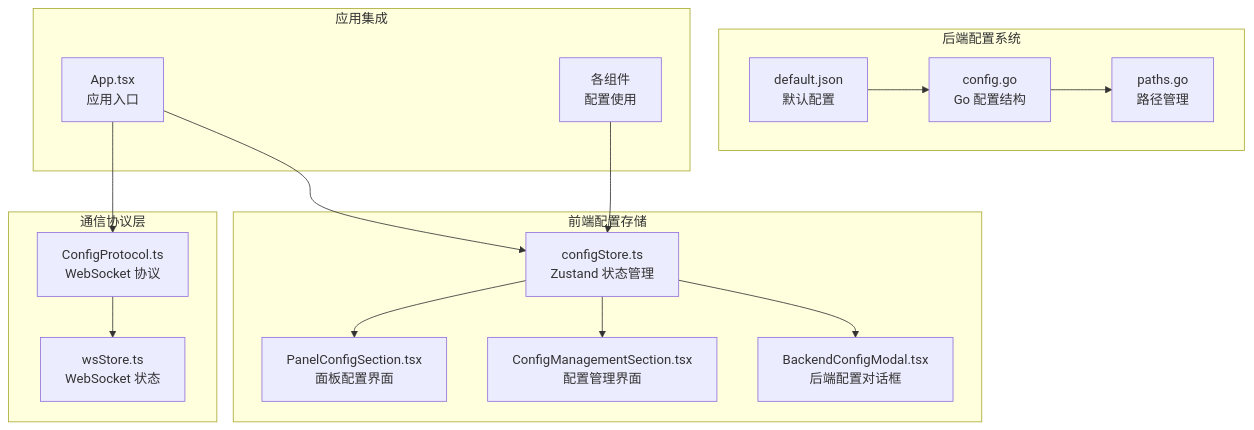
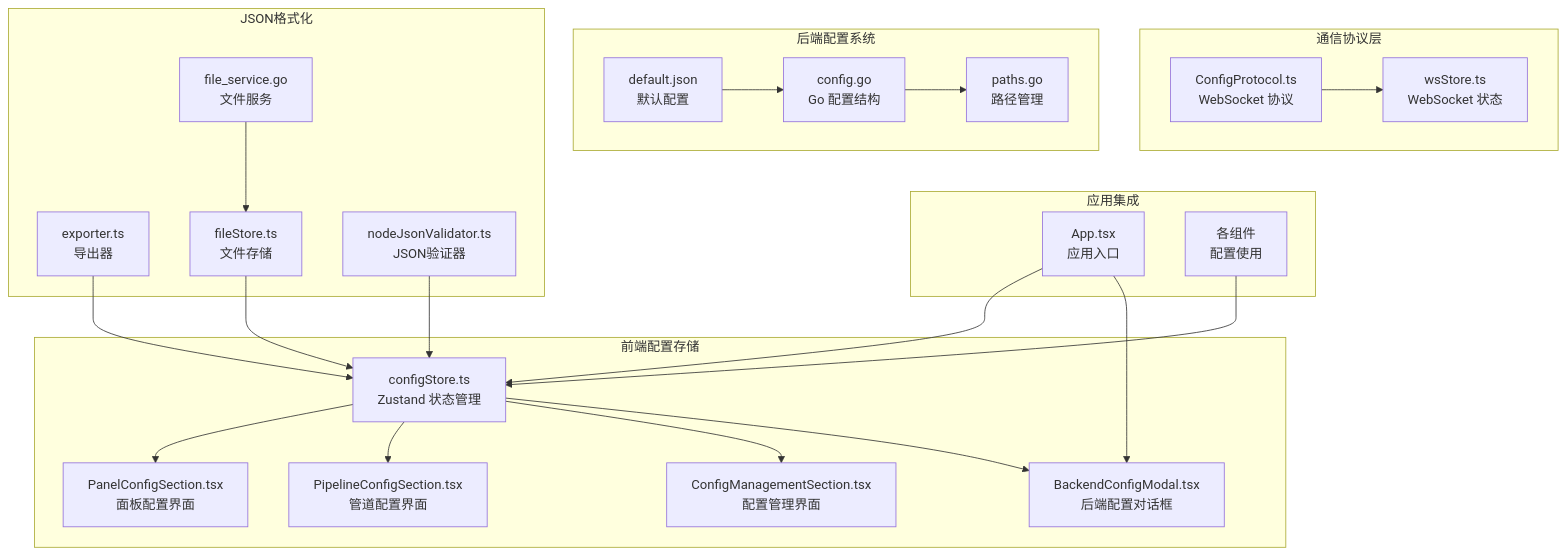
Before and after one commit to kqcoxn/MaaPipelineEditor: the first of 15 diagrams in .qoder/repowiki/zh/content/Config Store.md, drawn with Mermaid. The commit also changed other lines of this file and 16 other files, not shown here.

````diff
--- a/.qoder/repowiki/zh/content/Config Store.md
+++ b/.qoder/repowiki/zh/content/Config Store.md
@@ -39,31 +59,43 @@
 ```mermaid
 graph TB
 subgraph "前端配置存储"
 A[configStore.ts<br/>Zustand 状态管理]
 B[PanelConfigSection.tsx<br/>面板配置界面]
-C[ConfigManagementSection.tsx<br/>配置管理界面]
-D[BackendConfigModal.tsx<br/>后端配置对话框]
+C[PipelineConfigSection.tsx<br/>管道配置界面]
+D[ConfigManagementSection.tsx<br/>配置管理界面]
+E[BackendConfigModal.tsx<br/>后端配置对话框]
 end
 subgraph "通信协议层"
-E[ConfigProtocol.ts<br/>WebSocket 协议]
-F[wsStore.ts<br/>WebSocket 状态]
+F[ConfigProtocol.ts<br/>WebSocket 协议]
+G[wsStore.ts<br/>WebSocket 状态]
 end
 subgraph "后端配置系统"
-G[config.go<br/>Go 配置结构]
-H[paths.go<br/>路径管理]
-I[default.json<br/>默认配置]
+H[config.go<br/>Go 配置结构]
+I[paths.go<br/>路径管理]
+J[default.json<br/>默认配置]
 end
 subgraph "应用集成"
-J[App.tsx<br/>应用入口]
-K[各组件<br/>配置使用]
+K[App.tsx<br/>应用入口]
+L[各组件<br/>配置使用]
+end
+subgraph "JSON格式化"
+M[exporter.ts<br/>导出器]
+N[fileStore.ts<br/>文件存储]
+O[file_service.go<br/>文件服务]
+P[nodeJsonValidator.ts<br/>JSON验证器]
 end
 A --> B
 A --> C
 A --> D
-E --> F
-G --> H
-I --> G
-J --> A
-J --> E
+A --> E
+F --> G
+H --> I
+J --> H
 K --> A
+K --> E
+L --> A
+M --> A
+N --> A
+O --> N
+P --> A
 ```
````
